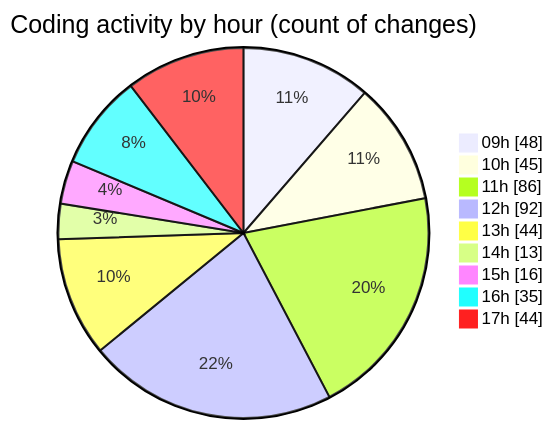
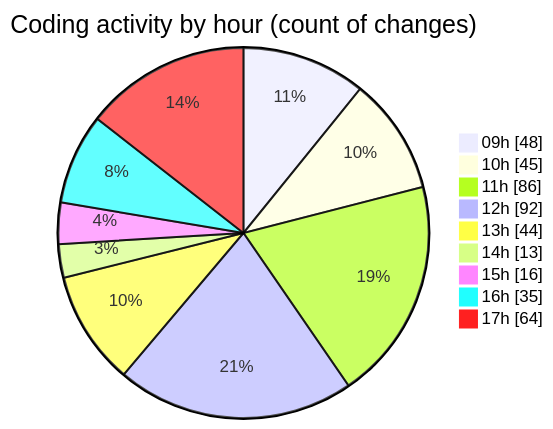
Before and after one commit to momahboobian/code-tracking: the second of 2 diagrams in 2025-03-14/cda/README.md, drawn with Mermaid. The commit also changed other lines of this file and 1 other file, not shown here.

````diff
--- a/2025-03-14/cda/README.md
+++ b/2025-03-14/cda/README.md
@@ -50,13 +50,13 @@
 ```mermaid
 pie showData
 title Coding activity by hour (count of changes)
 "09h" : 48
 "10h" : 45
 "11h" : 86
 "12h" : 92
 "13h" : 44
 "14h" : 13
 "15h" : 16
 "16h" : 35
-"17h" : 44
+"17h" : 64
 ```
````
